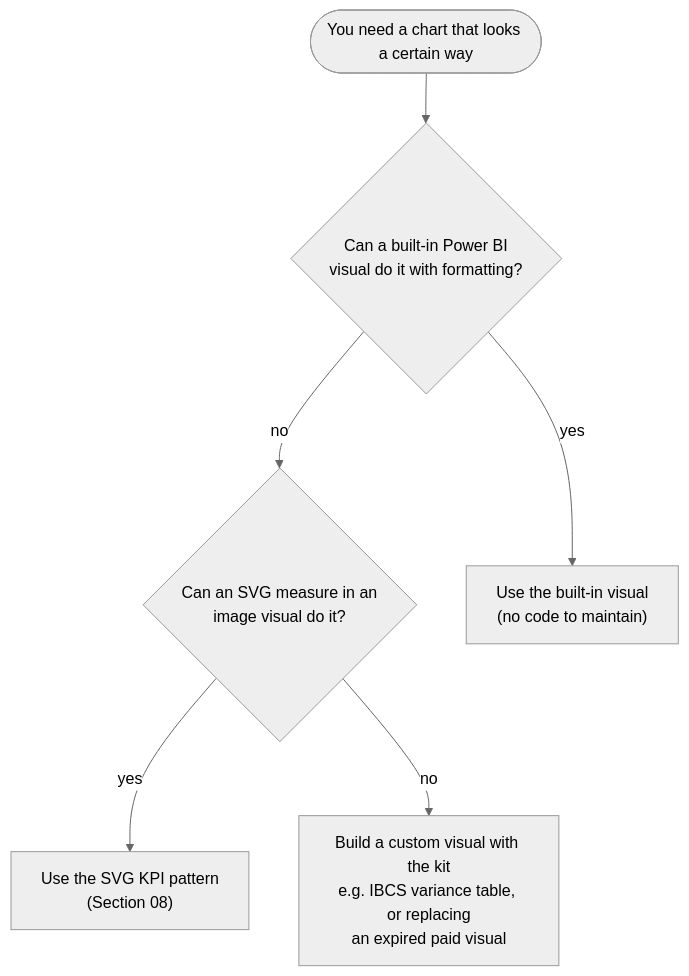
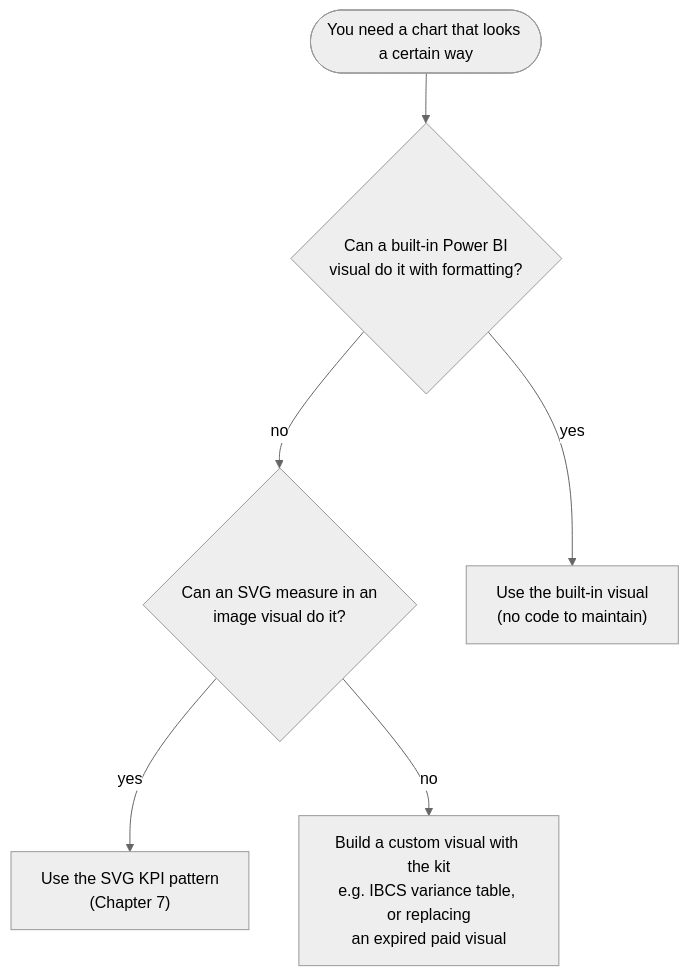
The diagram in guide/images/src/12-1-when.mmd (GibbonGambits/PGE-PBIP-Template), drawn with Mermaid (neutral theme) before and after one commit. The commit also changed 175 other files, not shown here.

```diff
--- a/guide/images/src/12-1-when.mmd
+++ b/guide/images/src/12-1-when.mmd
@@ -1,12 +1,12 @@
 flowchart TB
   S(["You need a chart that looks a certain way"]):::you
   Q1{"Can a built-in Power BI<br/>visual do it with formatting?"}:::n
   Q2{"Can an SVG measure in an<br/>image visual do it?"}:::n
   A1["Use the built-in visual<br/>(no code to maintain)"]:::g
-  A2["Use the SVG KPI pattern<br/>(Section 08)"]:::g
+  A2["Use the SVG KPI pattern<br/>(Chapter 7)"]:::g
   A3["Build a custom visual with the kit<br/>e.g. IBCS variance table, or replacing<br/>an expired paid visual"]:::aa
   S --> Q1
   Q1 -- "yes" --> A1
   Q1 -- "no" --> Q2
   Q2 -- "yes" --> A2
   Q2 -- "no" --> A3
```
